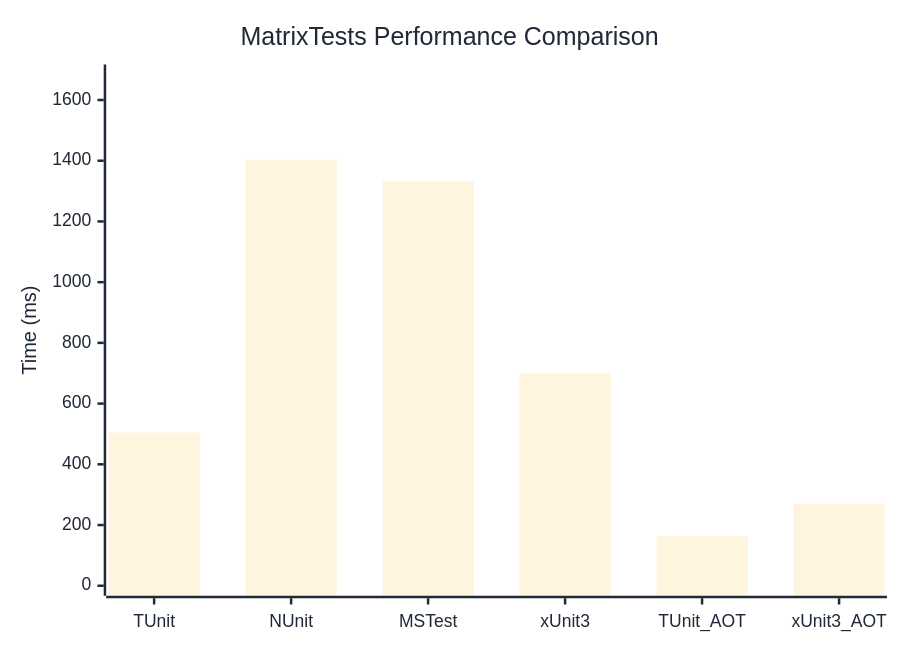
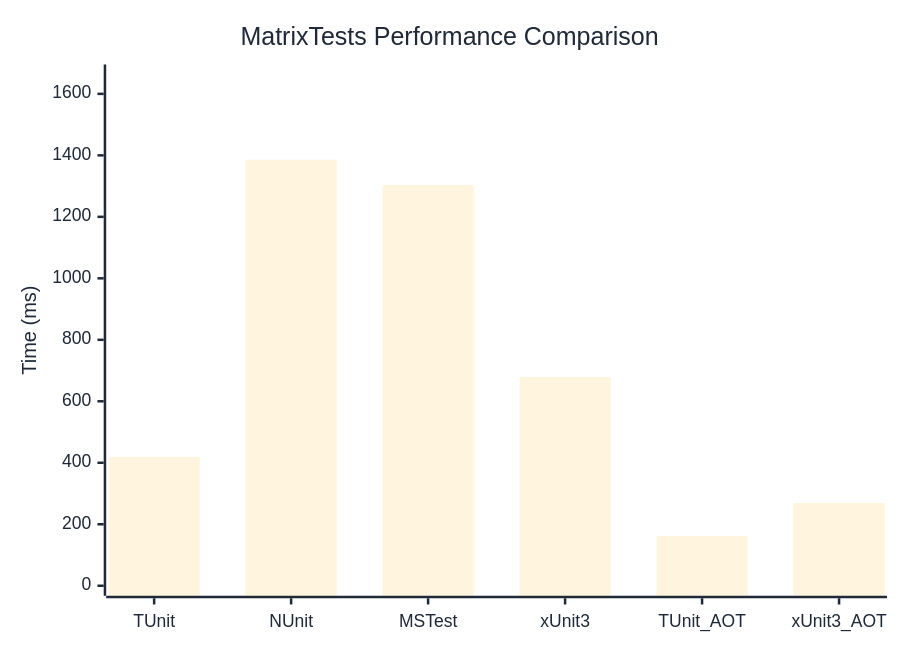
Before and after one commit to thomhurst/TUnit: the diagram in docs/docs/benchmarks/engine/MatrixTests.md, drawn with Mermaid. The commit also changed other lines of this file and 17 other files, not shown here.

````diff
--- a/docs/docs/benchmarks/engine/MatrixTests.md
+++ b/docs/docs/benchmarks/engine/MatrixTests.md
@@ -30,37 +30,37 @@
 ```mermaid
 %%{init: {
   'theme':'base',
   'themeVariables': {
     'primaryColor': '#2563eb',
     'primaryTextColor': '#1f2937',
     'primaryBorderColor': '#1e40af',
     'lineColor': '#6b7280',
     'secondaryColor': '#7c3aed',
     'tertiaryColor': '#dc2626',
     'background': '#ffffff',
     'mainBkg': '#2563eb',
     'secondBkg': '#7c3aed',
     'tertiaryBkg': '#dc2626',
     'clusterBkg': '#f3f4f6',
     'edgeLabelBackground': '#ffffff',
     'tertiaryTextColor': '#1f2937',
     'pie1': '#2563eb',
     'pie2': '#7c3aed',
     'pie3': '#dc2626',
     'pie4': '#f59e0b',
     'pie5': '#10b981',
     'pie6': '#06b6d4',
     'pie7': '#ec4899',
     'pie8': '#6366f1',
     'pie9': '#84cc16',
     'pie10': '#f97316',
     'pie11': '#14b8a6',
     'pie12': '#a855f7'
   }
 }}%%
 xychart-beta
   title "MatrixTests Performance Comparison"
   x-axis ["TUnit", "NUnit", "MSTest", "xUnit3", "TUnit_AOT", "xUnit3_AOT"]
-  y-axis "Time (ms)" 0 --> 1684
-  bar [504.7, 1402.9, 1331.7, 700.2, 162.7, 270.3]
+  y-axis "Time (ms)" 0 --> 1663
+  bar [419.2, 1385.7, 1303, 679, 162.3, 269.5]
 ```
````
